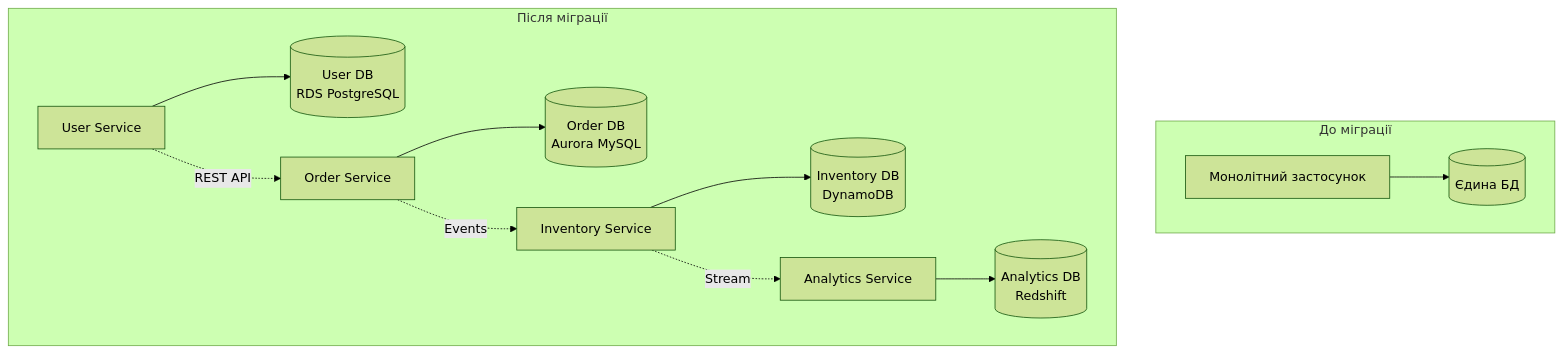
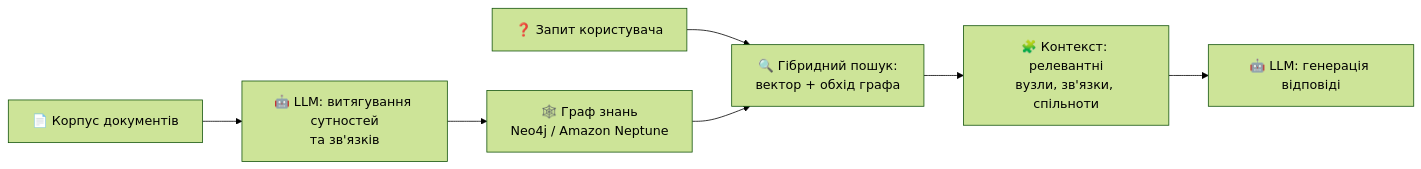
The eighth of 8 diagrams in lectures/lecture-15.md (olroi421/course-bd), drawn with Mermaid (forest theme) before and after one commit. The commit also changed other lines of this file and 26 other files, not shown here.

````diff
--- a/lectures/lecture-15.md
+++ b/lectures/lecture-15.md
@@ -531,17 +930,9 @@
 ```mermaid
-graph TB
-    subgraph "До міграції"
-        A[Монолітний застосунок] --> B[(Єдина БД)]
-    end
-
-    subgraph "Після міграції"
-        C[User Service] --> D[(User DB<br/>RDS PostgreSQL)]
-        E[Order Service] --> F[(Order DB<br/>Aurora MySQL)]
-        G[Inventory Service] --> H[(Inventory DB<br/>DynamoDB)]
-        I[Analytics Service] --> J[(Analytics DB<br/>Redshift)]
-
-        C -.REST API.-> E
-        E -.Events.-> G
-        G -.Stream.-> I
-    end
+graph LR
+    A[📄 Корпус документів] --> B[🤖 LLM: витягування сутностей<br/>та зв'язків]
+    B --> C[🕸️ Граф знань<br/>Neo4j / Amazon Neptune]
+    D[❓ Запит користувача] --> E[🔍 Гібридний пошук:<br/>вектор + обхід графа]
+    C --> E
+    E --> F[🧩 Контекст: релевантні<br/>вузли, зв'язки, спільноти]
+    F --> G[🤖 LLM: генерація відповіді]
 ```
````
